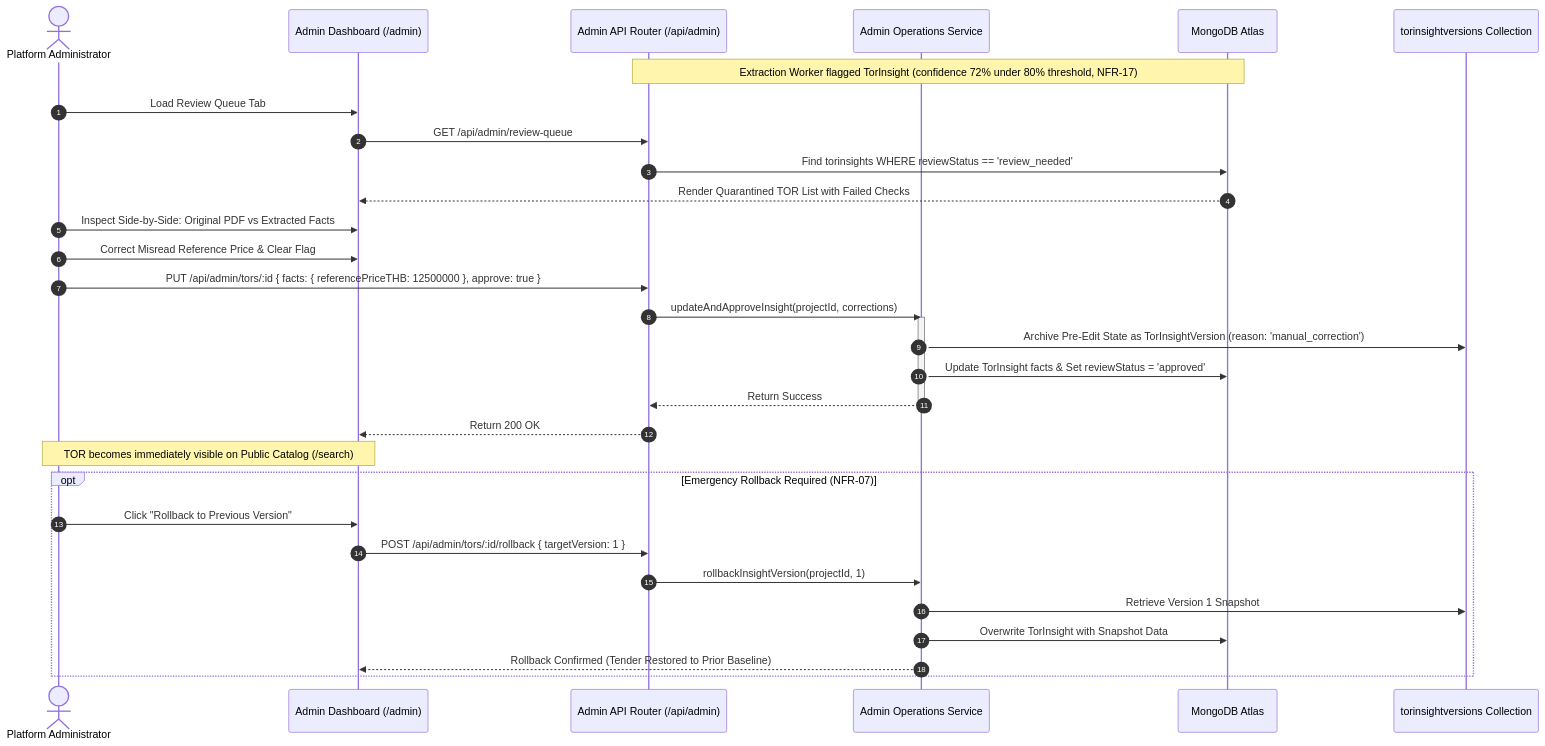
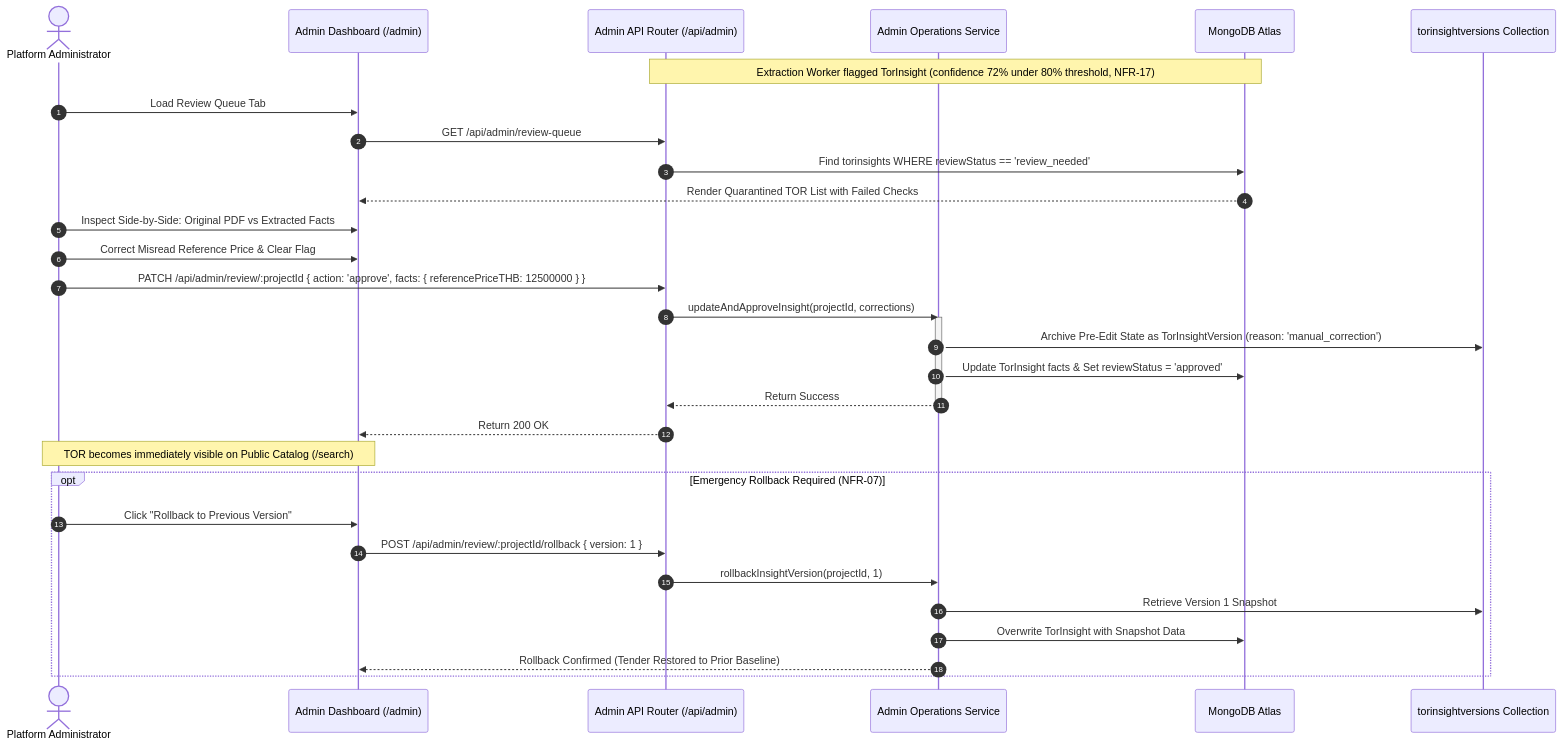
Before and after one commit to PapuBallkub/csp-mjolnir: diagram 15 of 17 in docs/design-document.md, drawn with Mermaid. The commit also changed other lines of this file, not shown here.

````diff
--- a/docs/design-document.md
+++ b/docs/design-document.md
@@ -1723,39 +1761,39 @@
 ```mermaid
 sequenceDiagram
     autonumber
     actor ADMIN as Platform Administrator
     participant UI as Admin Dashboard (/admin)
     participant API as Admin API Router (/api/admin)
     participant SVC as Admin Operations Service
     participant DB as MongoDB Atlas
     participant VER as torinsightversions Collection
 
     Note over DB,API: Extraction Worker flagged TorInsight (confidence 72% under 80% threshold, NFR-17)
     ADMIN->>UI: Load Review Queue Tab
     UI->>API: GET /api/admin/review-queue
     API->>DB: Find torinsights WHERE reviewStatus == 'review_needed'
     DB-->>UI: Render Quarantined TOR List with Failed Checks
 
     ADMIN->>UI: Inspect Side-by-Side: Original PDF vs Extracted Facts
     ADMIN->>UI: Correct Misread Reference Price & Clear Flag
-    ADMIN->>API: PUT /api/admin/tors/:id { facts: { referencePriceTHB: 12500000 }, approve: true }
+    ADMIN->>API: PATCH /api/admin/review/:projectId { action: 'approve', facts: { referencePriceTHB: 12500000 } }
 
     API->>SVC: updateAndApproveInsight(projectId, corrections)
     activate SVC
     SVC->>VER: Archive Pre-Edit State as TorInsightVersion (reason: 'manual_correction')
     SVC->>DB: Update TorInsight facts & Set reviewStatus = 'approved'
     SVC-->>API: Return Success
     deactivate SVC
 
     API-->>UI: Return 200 OK
     Note over UI,ADMIN: TOR becomes immediately visible on Public Catalog (/search)
 
     opt Emergency Rollback Required (NFR-07)
         ADMIN->>UI: Click "Rollback to Previous Version"
-        UI->>API: POST /api/admin/tors/:id/rollback { targetVersion: 1 }
+        UI->>API: POST /api/admin/review/:projectId/rollback { version: 1 }
         API->>SVC: rollbackInsightVersion(projectId, 1)
         SVC->>VER: Retrieve Version 1 Snapshot
         SVC->>DB: Overwrite TorInsight with Snapshot Data
         SVC-->>UI: Rollback Confirmed (Tender Restored to Prior Baseline)
     end
 ```
````
